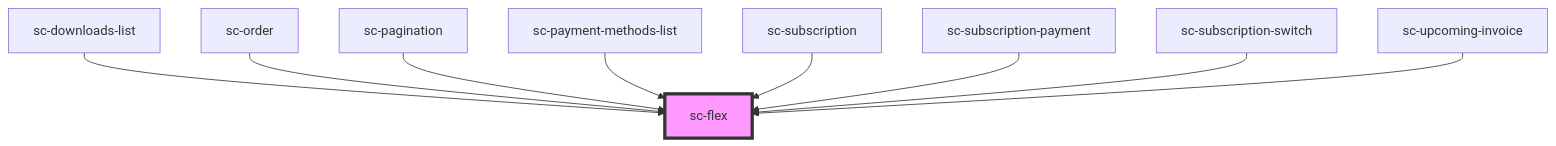
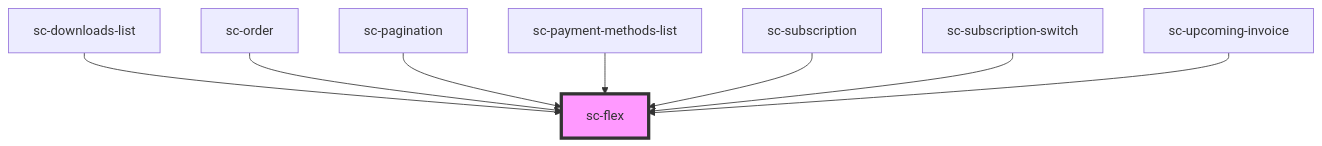
The diagram in packages/components/src/components/ui/flex/readme.md (surecart/surecart-wp-plugin), drawn with Mermaid before and after one commit. The commit also changed other lines of this file and 12 other files, not shown here.

````diff
--- a/packages/components/src/components/ui/flex/readme.md
+++ b/packages/components/src/components/ui/flex/readme.md
@@ -33,12 +32,11 @@
 ```mermaid
 graph TD;
   sc-downloads-list --> sc-flex
   sc-order --> sc-flex
   sc-pagination --> sc-flex
   sc-payment-methods-list --> sc-flex
   sc-subscription --> sc-flex
-  sc-subscription-payment --> sc-flex
   sc-subscription-switch --> sc-flex
   sc-upcoming-invoice --> sc-flex
   style sc-flex fill:#f9f,stroke:#333,stroke-width:4px
 ```
````
